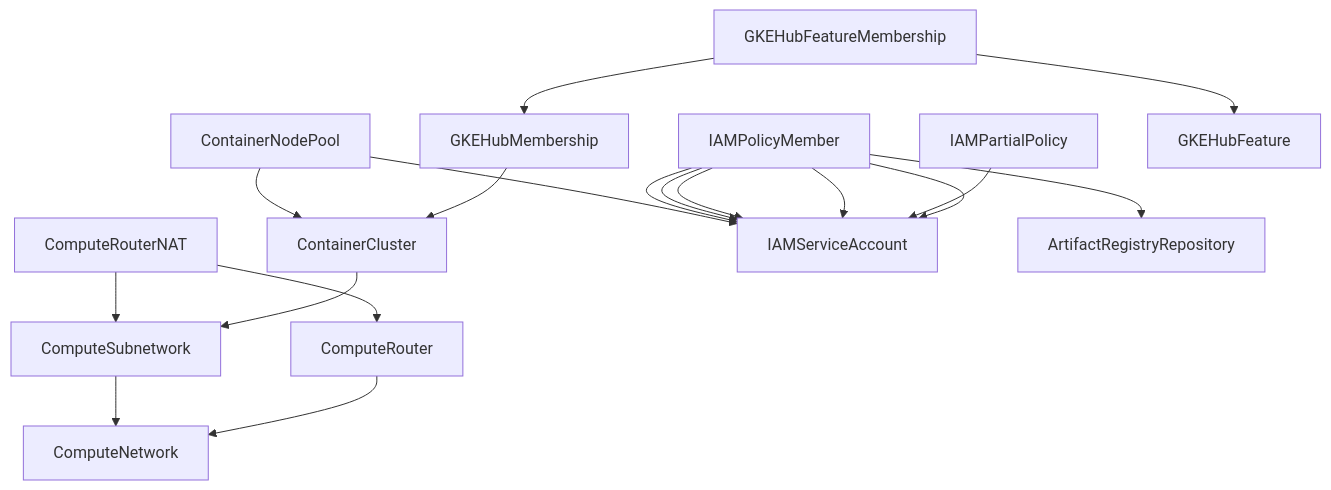
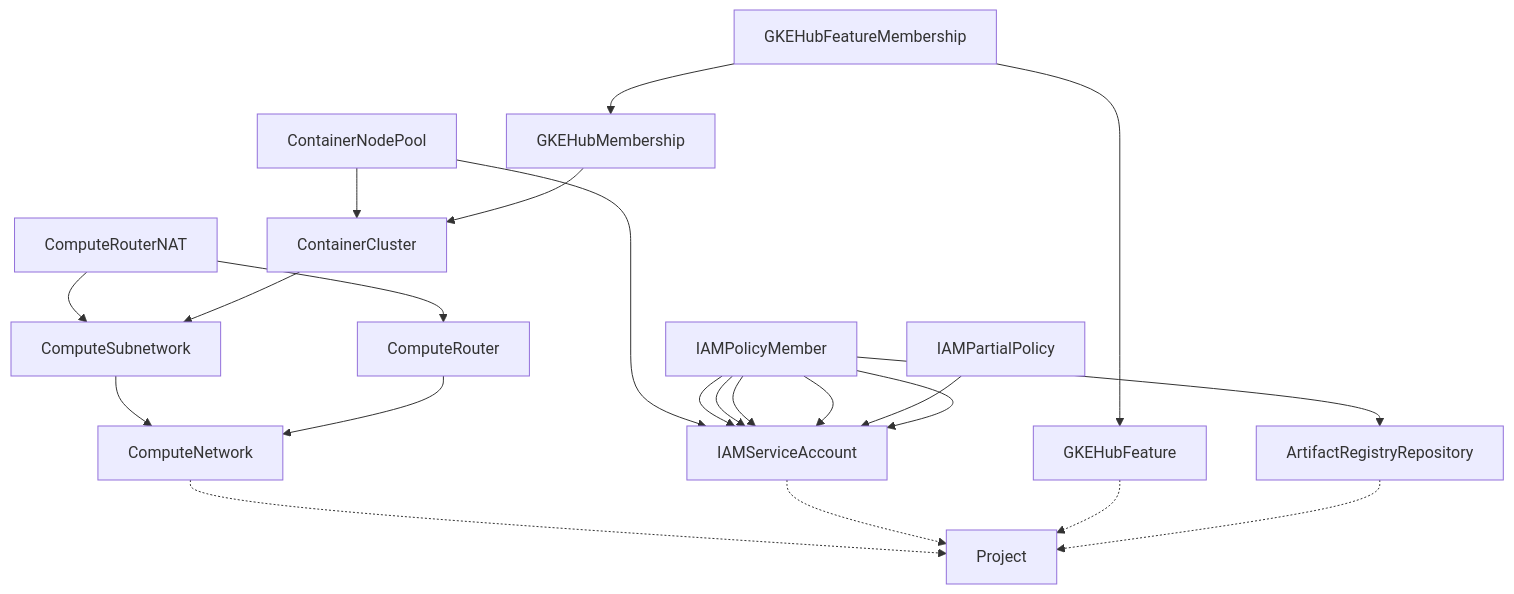
The diagram in content/artifact-registry/set-up-artifact-registry.md (mathieu-benoit/acm-workshop), drawn with Mermaid before and after one commit. The commit also changed 6 other files, not shown here.

Commit message:
implicit Project resources in marmaid charts

```diff
--- a/content/artifact-registry/set-up-artifact-registry.md
+++ b/content/artifact-registry/set-up-artifact-registry.md
@@ -67,20 +67,24 @@
 {{< mermaid >}}
 graph TD;
+  ComputeNetwork-.->Project
+  IAMServiceAccount-.->Project
+  GKEHubFeature-.->Project
+  ArtifactRegistryRepository-.->Project
   ComputeSubnetwork-->ComputeNetwork
   ComputeRouterNAT-->ComputeSubnetwork
   ComputeRouterNAT-->ComputeRouter
   ComputeRouter-->ComputeNetwork
   ContainerNodePool-->ContainerCluster
   ContainerNodePool-->IAMServiceAccount
   IAMPolicyMember-->IAMServiceAccount
   IAMPolicyMember-->IAMServiceAccount
   IAMPolicyMember-->IAMServiceAccount
   IAMPolicyMember-->IAMServiceAccount
   IAMPartialPolicy-->IAMServiceAccount
   ContainerCluster-->ComputeSubnetwork
   GKEHubFeatureMembership-->GKEHubMembership
   GKEHubFeatureMembership-->GKEHubFeature
   GKEHubMembership-->ContainerCluster
   IAMPolicyMember-->ArtifactRegistryRepository
   IAMPolicyMember-->IAMServiceAccount
 {{< /mermaid >}}
```
